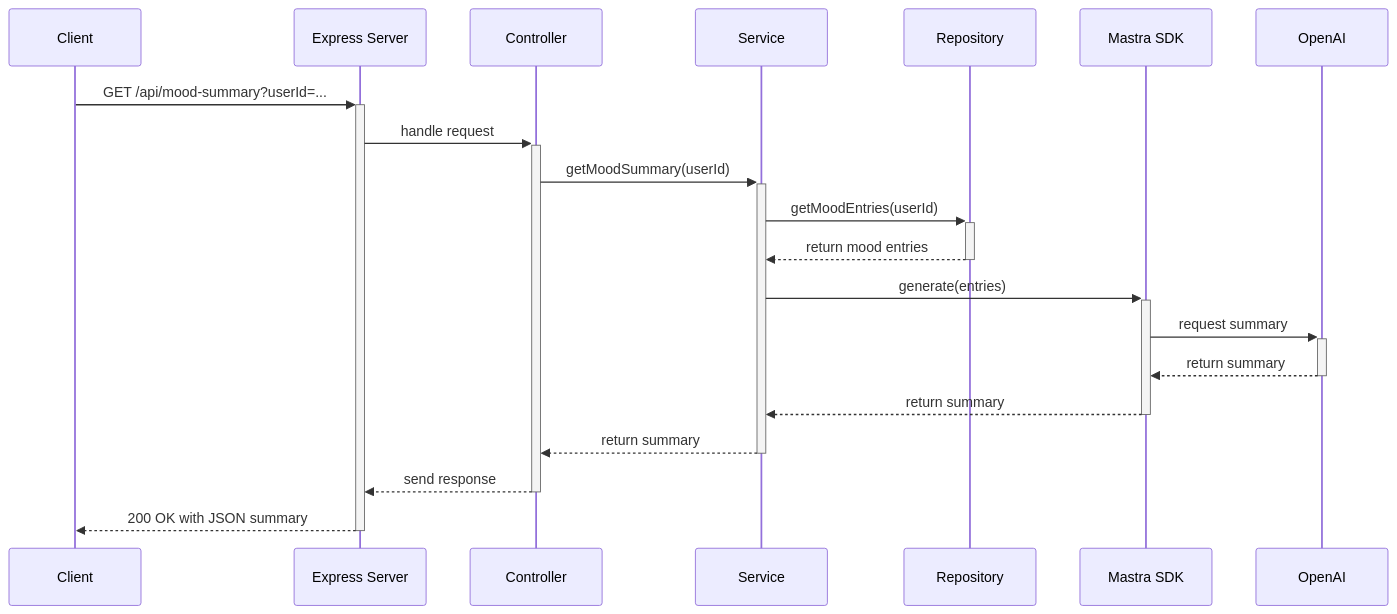
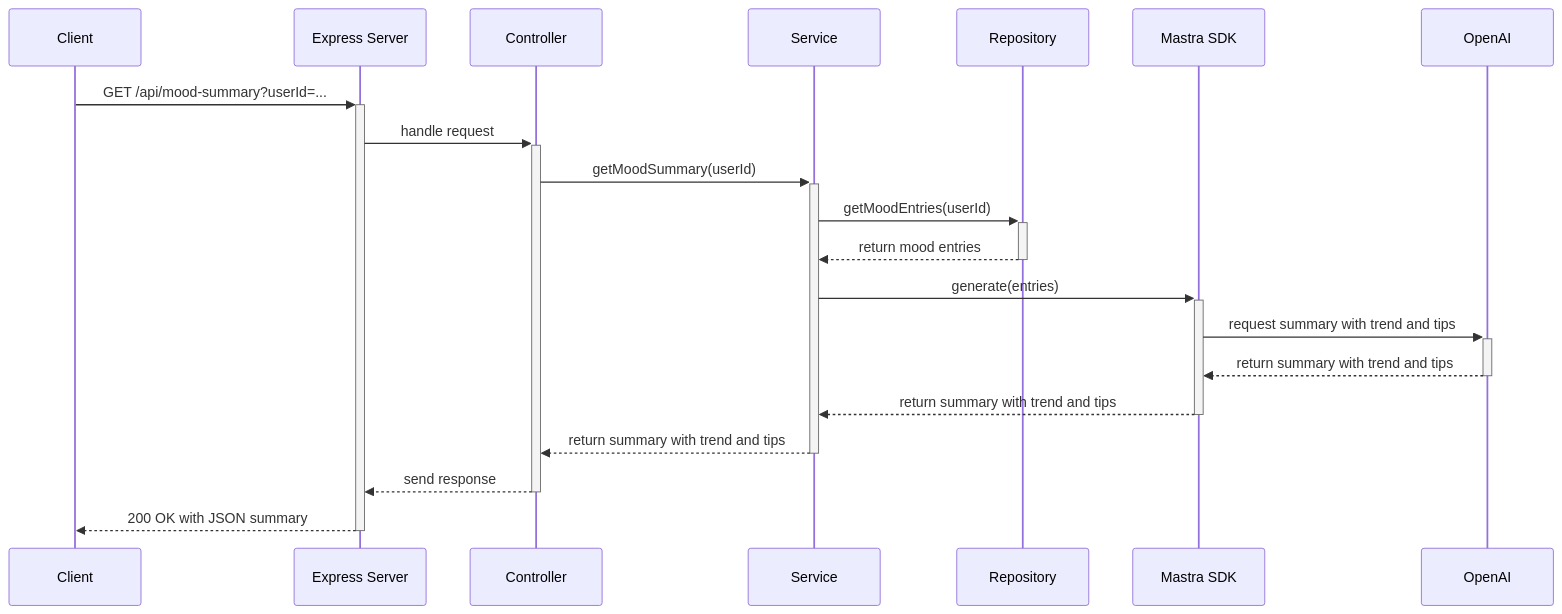
The second of 2 diagrams in README.md (malempatiu/mood-mentor), drawn with Mermaid before and after one commit. The commit also changed other lines of this file, not shown here.

Commit message:
adjustments to readme :recycle:

````diff
--- a/README.md
+++ b/README.md
@@ -38,23 +38,23 @@
 ```mermaid
 sequenceDiagram
     participant Client
     participant ExpressServer as Express Server
     participant MoodSummaryController as Controller
     participant MoodSummaryService as Service
     participant MoodEntriesRepository as Repository
     participant MastraSDK as Mastra SDK
     participant OpenAI
 
     Client->>+ExpressServer: GET /api/mood-summary?userId=...
     ExpressServer->>+MoodSummaryController: handle request
     MoodSummaryController->>+MoodSummaryService: getMoodSummary(userId)
     MoodSummaryService->>+MoodEntriesRepository: getMoodEntries(userId)
     MoodEntriesRepository-->>-MoodSummaryService: return mood entries
     MoodSummaryService->>+MastraSDK: generate(entries)
-    MastraSDK->>+OpenAI: request summary
-    OpenAI-->>-MastraSDK: return summary
-    MastraSDK-->>-MoodSummaryService: return summary
-    MoodSummaryService-->>-MoodSummaryController: return summary
+    MastraSDK->>+OpenAI: request summary with trend and tips
+    OpenAI-->>-MastraSDK: return summary with trend and tips
+    MastraSDK-->>-MoodSummaryService: return summary with trend and tips
+    MoodSummaryService-->>-MoodSummaryController: return summary with trend and tips
     MoodSummaryController-->>-ExpressServer: send response
     ExpressServer-->>-Client: 200 OK with JSON summary
 ```
````
